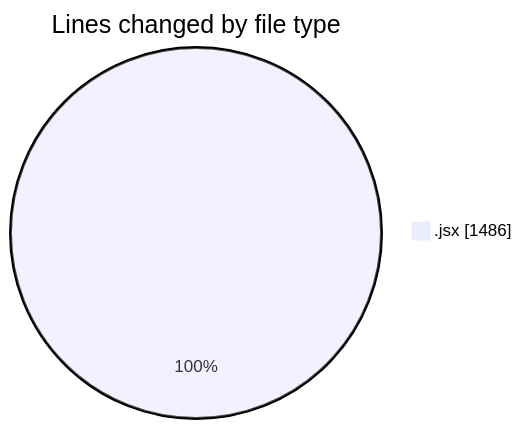
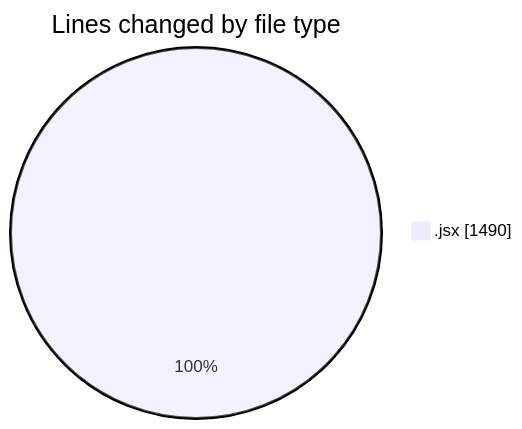
The first of 2 diagrams in 2025-08-22/nxtqube_webapp/README.md (nxtqubesakshisongat/code-tracking), drawn with Mermaid before and after one commit. The commit also changed other lines of this file and 1 other file, not shown here.

````diff
--- a/2025-08-22/nxtqube_webapp/README.md
+++ b/2025-08-22/nxtqube_webapp/README.md
@@ -20,5 +20,5 @@
 ```mermaid
 pie showData
 title Lines changed by file type
-".jsx" : 1486
+".jsx" : 1490
 ```
````
